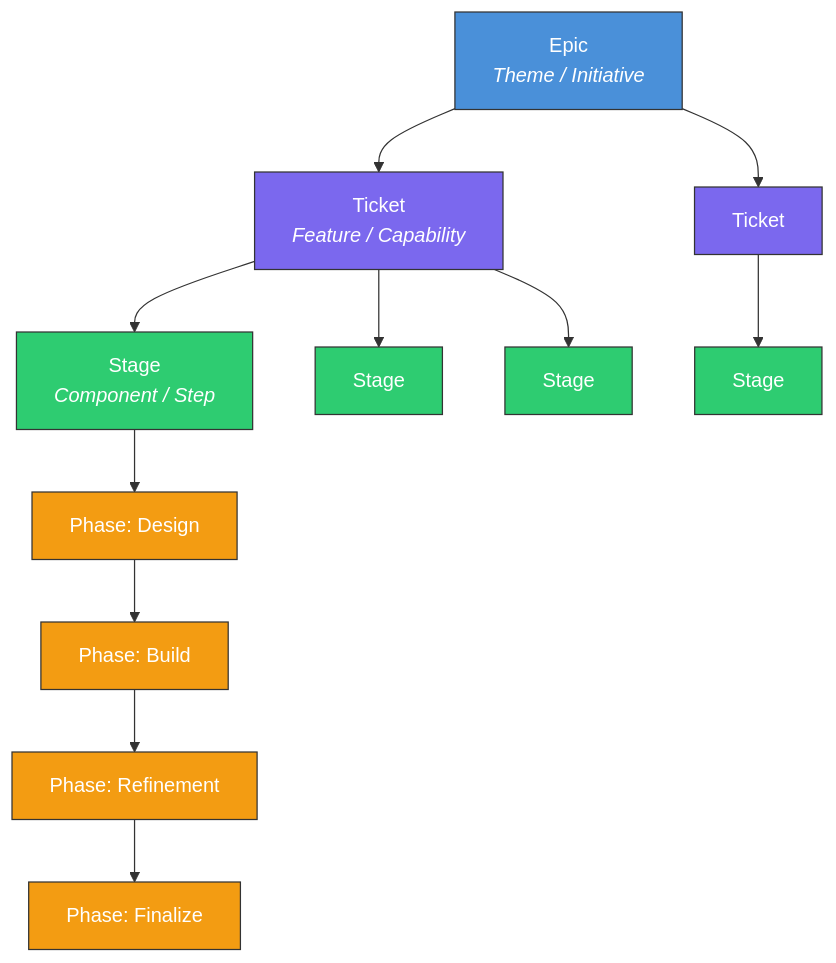
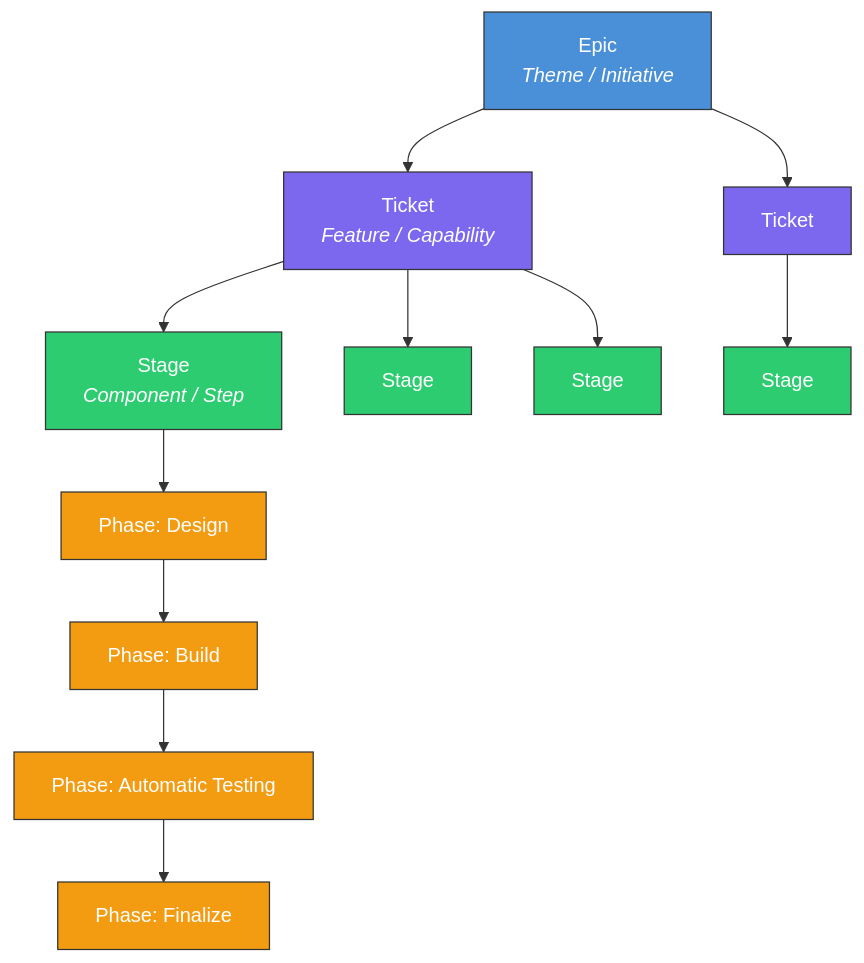
One commit to jakekausler/claude-code-workflow changed the first of 24 diagrams in docs/plans/2026-02-16-kanban-workflow-end-state.md. Above: the diagram before and after it, drawn with Mermaid. The commit also changed other lines of this file, not shown here.

Commit message:
docs: update end-state vision with modularity architecture and column renames

````diff
--- a/docs/plans/2026-02-16-kanban-workflow-end-state.md
+++ b/docs/plans/2026-02-16-kanban-workflow-end-state.md
@@ -70,25 +71,25 @@
 ```mermaid
 graph TD
     E[Epic<br/><i>Theme / Initiative</i>] --> T1[Ticket<br/><i>Feature / Capability</i>]
     E --> T2[Ticket]
     T1 --> S1[Stage<br/><i>Component / Step</i>]
     T1 --> S2[Stage]
     T1 --> S3[Stage]
     T2 --> S4[Stage]
     S1 --> P1[Phase: Design]
     P1 --> P2[Phase: Build]
-    P2 --> P3[Phase: Refinement]
+    P2 --> P3[Phase: Automatic Testing]
     P3 --> P4[Phase: Finalize]
 
     style E fill:#4a90d9,stroke:#333,color:#fff
     style T1 fill:#7b68ee,stroke:#333,color:#fff
     style T2 fill:#7b68ee,stroke:#333,color:#fff
     style S1 fill:#2ecc71,stroke:#333,color:#fff
     style S2 fill:#2ecc71,stroke:#333,color:#fff
     style S3 fill:#2ecc71,stroke:#333,color:#fff
     style S4 fill:#2ecc71,stroke:#333,color:#fff
     style P1 fill:#f39c12,stroke:#333,color:#fff
     style P2 fill:#f39c12,stroke:#333,color:#fff
     style P3 fill:#f39c12,stroke:#333,color:#fff
     style P4 fill:#f39c12,stroke:#333,color:#fff
 ```
````
